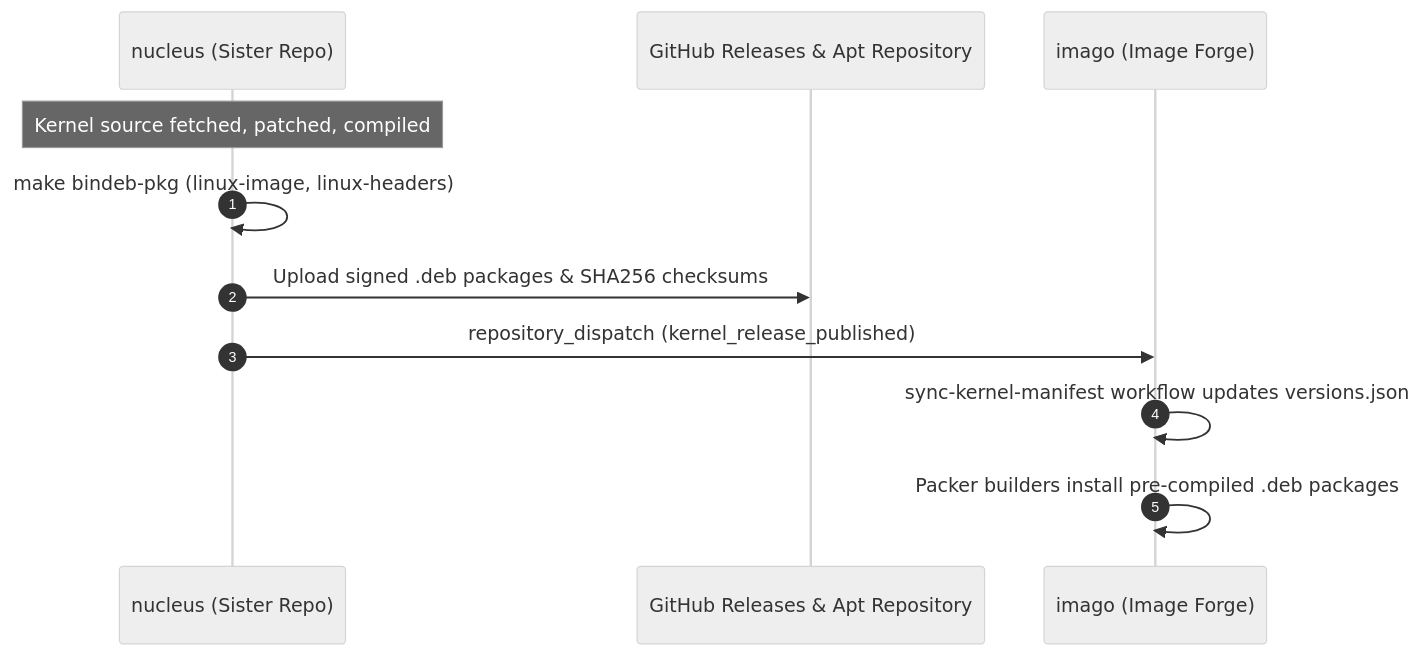
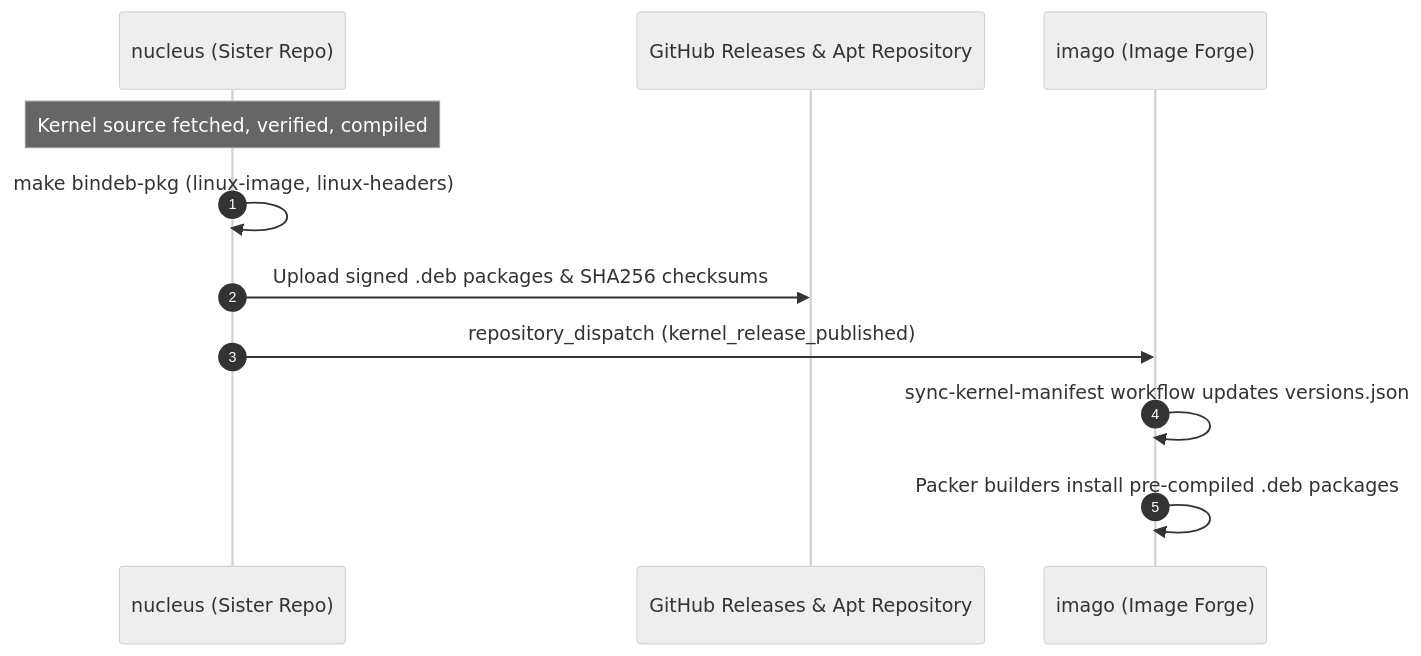
One commit to cordanaLLM/nucleus changed the diagram in docs/onboarding.md. Above: the diagram before and after it, drawn with Mermaid (neutral theme). The commit also changed other lines of this file and 32 other files, not shown here.

````diff
--- a/docs/onboarding.md
+++ b/docs/onboarding.md
@@ -35,14 +34,14 @@
 ```mermaid
 sequenceDiagram
     autonumber
     participant KF as nucleus (Sister Repo)
     participant GH as GitHub Releases & Apt Repository
     participant CI as imago (Image Forge)
 
-    Note over KF: Kernel source fetched, patched, compiled
+    Note over KF: Kernel source fetched, verified, compiled
     KF->>KF: make bindeb-pkg (linux-image, linux-headers)
     KF->>GH: Upload signed .deb packages & SHA256 checksums
     KF->>CI: repository_dispatch (kernel_release_published)
     CI->>CI: sync-kernel-manifest workflow updates versions.json
     CI->>CI: Packer builders install pre-compiled .deb packages
 ```
````
